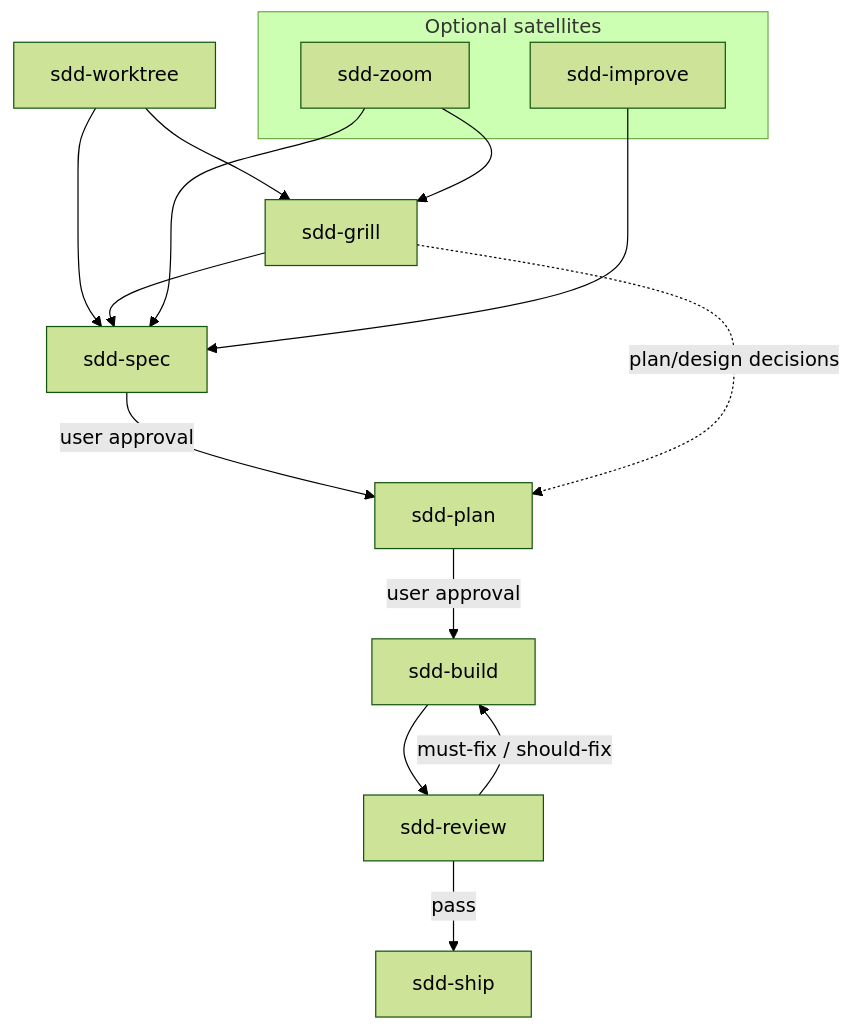
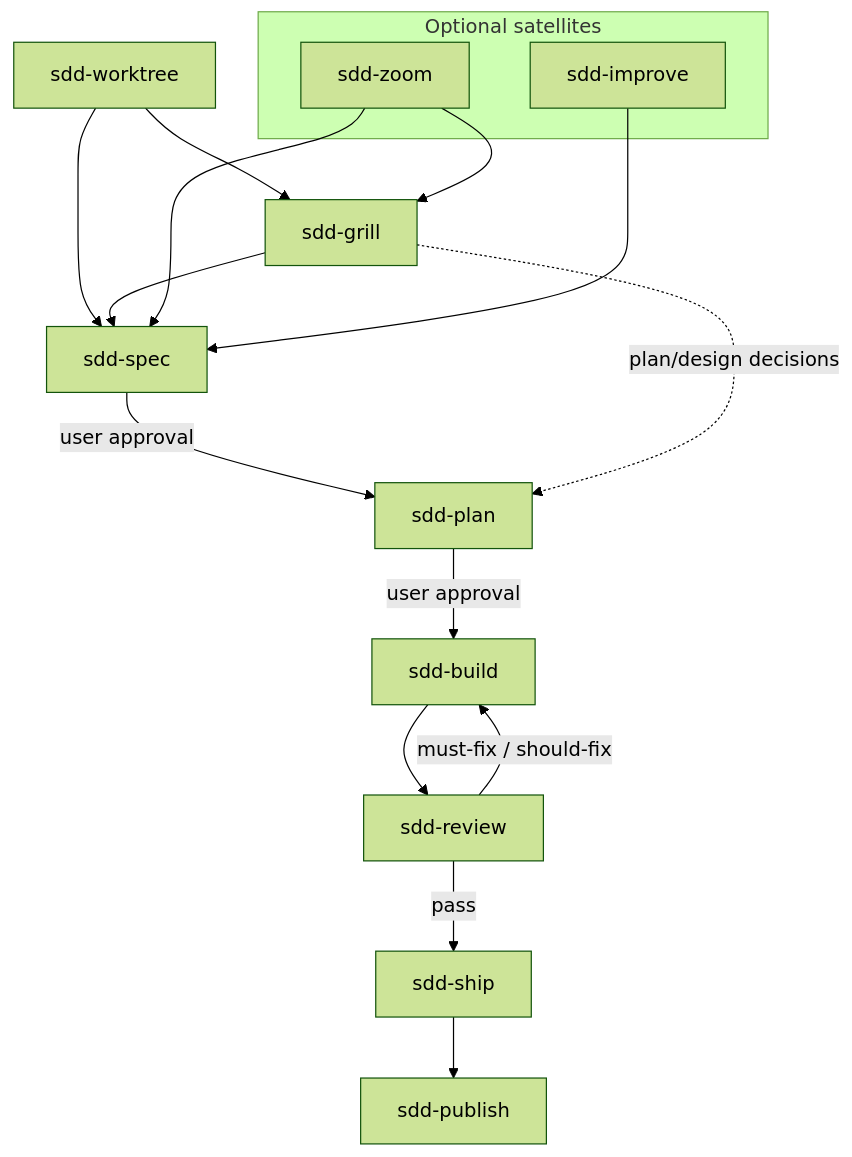
Before and after one commit to zhijunio/sdd-skills: the diagram in README.md, drawn with Mermaid (forest theme). The commit also changed other lines of this file and 9 other files, not shown here.

First line of the commit message:
feat: 新增 experimental 卫星技能 sdd-publish

````diff
--- a/README.md
+++ b/README.md
@@ -34,23 +34,24 @@
 ```mermaid
 flowchart TD
   W[sdd-worktree]
   G[sdd-grill]
   subgraph satellites["Optional satellites"]
     Z[sdd-zoom]
     I[sdd-improve]
   end
 
   S[sdd-spec] -->|user approval| P[sdd-plan]
   P -->|user approval| B[sdd-build]
   B --> R[sdd-review]
   R -->|must-fix / should-fix| B
   R -->|pass| SH[sdd-ship]
+  SH --> PUB[sdd-publish]
 
   W --> S
   W --> G
   G --> S
   G -.->|plan/design decisions| P
   Z --> S
   Z --> G
   I --> S
 ```
````
